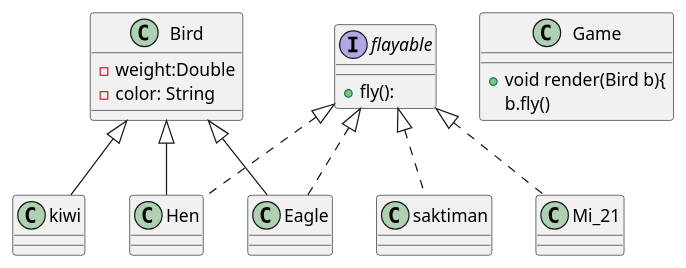
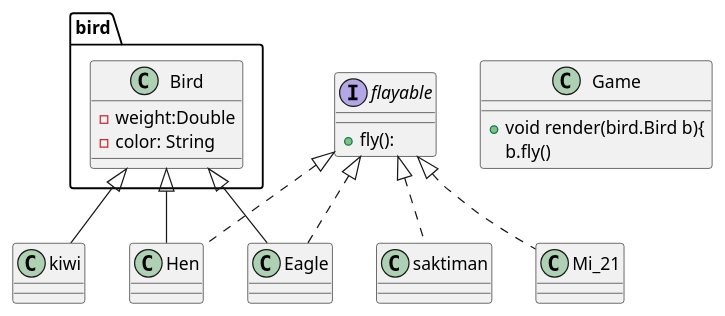
The diagram in classDiag.puml (rafiqul0396/JavaLLD), drawn with PlantUML before and after one commit. The commit also changed 11 other files, not shown here.

```diff
--- a/classDiag.puml
+++ b/classDiag.puml
@@ -1,37 +1,37 @@
 @startuml
 'https://plantuml.com/class-diagram
 
 
 interface flayable{
 +fly():
 }
-class Bird{
+class bird.Bird{
 -weight:Double
 -color: String
 
 }
 class Eagle implements flayable{
 
 }
-class Hen extends Bird implements flayable{
+class Hen extends bird.Bird implements flayable{
 }
-class kiwi extends Bird{
+class kiwi extends bird.Bird{
 }
 
 class Mi_21 implements flayable{
 }
 class saktiman implements flayable{
 }
 class Game {
-+void render(Bird b){
++void render(bird.Bird b){
 b.fly()
 }
 
-Bird <|-- Eagle
+bird.Bird <|-- Eagle
 
 
 
 
 
 
 @enduml
```
